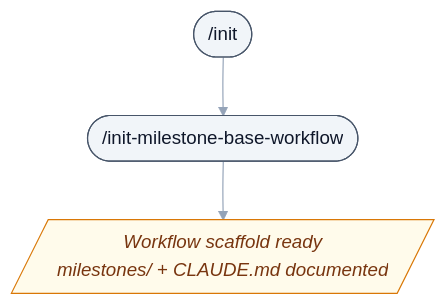
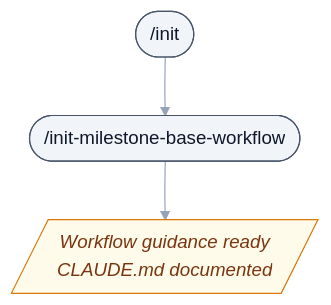
Before and after one commit to uHappyLogic/cairn: the first of 6 diagrams in docs/workflow.md, drawn with Mermaid. The commit also changed other lines of this file and 12 other files, not shown here.

````diff
--- a/docs/workflow.md
+++ b/docs/workflow.md
@@ -13,14 +13,14 @@
 ```mermaid
 %%{init: {'theme':'base','themeVariables':{'fontFamily':'ui-sans-serif, system-ui','lineColor':'#94a3b8','primaryBorderColor':'#475569'},'flowchart':{'wrappingWidth':9999,'curve':'basis'}}}%%
 flowchart TD
     OT1(["/init"])
     OT2(["/init-milestone-base-workflow"])
-    D0[/"Workflow scaffold ready<br/>milestones/ + CLAUDE.md documented"/]
+    D0[/"Workflow guidance ready<br/>CLAUDE.md documented"/]
 
     OT1 --> OT2 --> D0
 
     classDef setup fill:#f1f5f9,stroke:#475569,color:#0f172a;
     classDef state fill:#fffbeb,stroke:#d97706,color:#78350f,font-style:italic;
     class OT1,OT2 setup;
     class D0 state;
 ```
````
